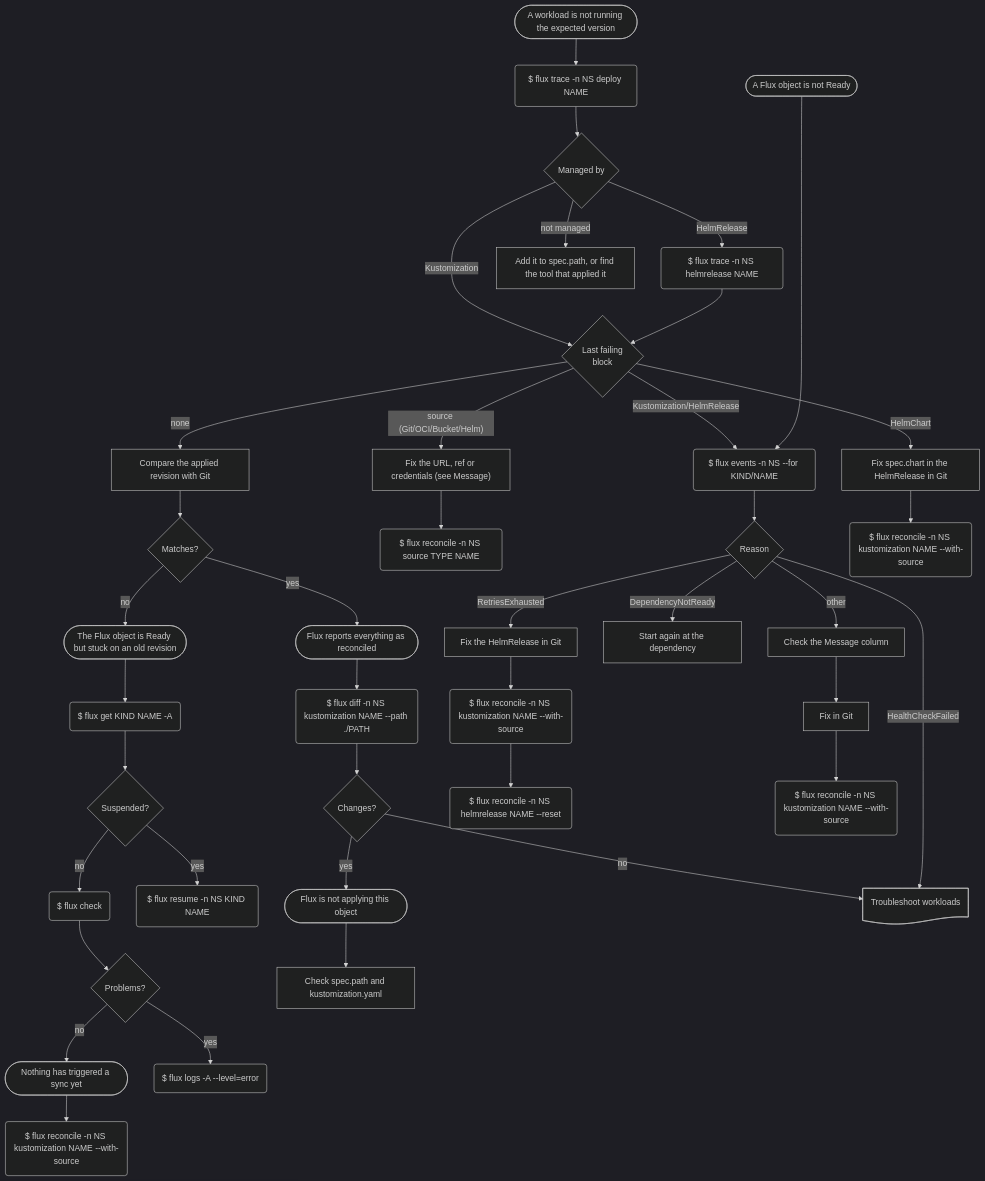
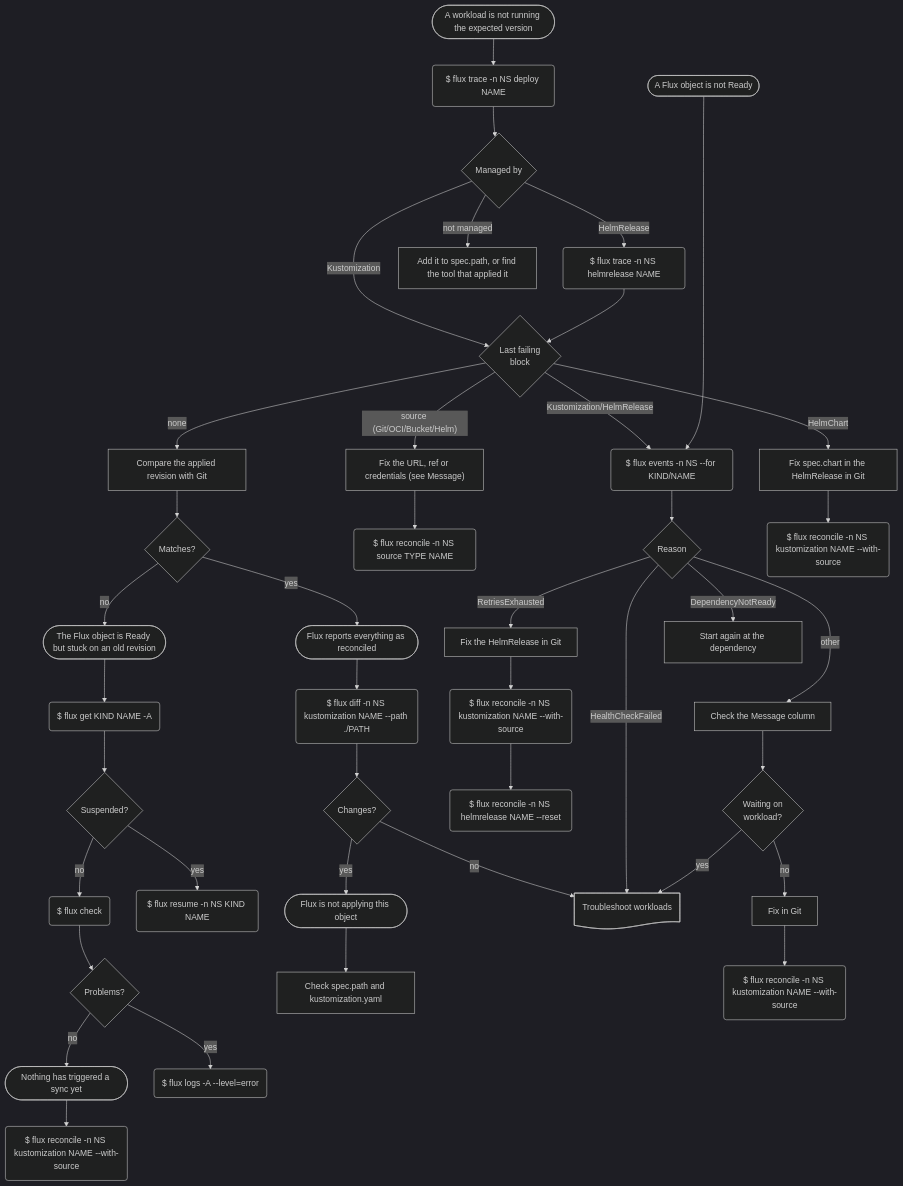
Before and after one commit to nth-root/flowcharts: the diagram in diagrams/flux.mmd, drawn with Mermaid (dark theme).

Commit message:
Branch off if the Flux object is waiting for the rollout

```diff
--- a/diagrams/flux.mmd
+++ b/diagrams/flux.mmd
@@ -1,48 +1,53 @@
 %% SPDX-FileCopyrightText: 2026 Nth Root Software Consultancy
 %% SPDX-License-Identifier: CC-BY-4.0
 
 flowchart TD
     Reported([A workload is not running the expected version]):::situation --> Trace
     Trace($ flux trace -n NS deploy NAME):::cmd
 
     Trace --> Owned{Managed by}:::choice
 
     NotReady([A Flux object is not Ready]):::situation
     NotReady ~~~ Owned
 
     Owned -->|Kustomization| FailingObject{Last failing<br>block}:::choice
     Owned -->|HelmRelease| TraceHelmRelease($ flux trace -n NS helmrelease NAME):::cmd --> FailingObject
     Owned -->|not managed| Unmanaged[Add it to spec.path, or find the tool that applied it]
 
     FailingObject -->|none| CheckRevision[Compare the applied revision with Git]
 
     CheckRevision --> Matches{Matches?}:::choice
     Matches -->|no| NotAdvancing([The Flux object is Ready but stuck on an old revision]):::situation --> FluxGet($ flux get KIND NAME -A):::cmd
 
     FluxGet --> Suspended{Suspended?}:::choice
     Suspended -->|no| FluxCheck($ flux check):::cmd --> FluxUnhealthy{Problems?}:::choice
     Suspended -->|yes| Resume($ flux resume -n NS KIND NAME):::cmd
 
     Resume ~~~ FluxUnhealthy
 
     FluxUnhealthy -->|no| NoSyncTriggered([Nothing has triggered a sync yet]):::situation --> ReconcileStale($ flux reconcile -n NS kustomization NAME --with-source):::cmd
     FluxUnhealthy -->|yes| FluxLogs($ flux logs -A --level=error):::cmd
 
     FailingObject -->|"source (Git/OCI/Bucket/Helm)"| FixSource["Fix the URL, ref or credentials (see Message)"] --> ReconcileSource($ flux reconcile -n NS source TYPE NAME):::cmd
 
     FailingObject -->|Kustomization/HelmRelease| GetEvents($ flux events -n NS --for KIND/NAME):::cmd
 
     Matches -->|yes| Reconciled([Flux reports everything as reconciled]):::situation --> DiffKustomization($ flux diff -n NS kustomization NAME --path ./PATH):::cmd --> Changes{Changes?}:::choice
     Changes -->|yes| NotApplied([Flux is not applying this object]):::situation --> CheckKustomization[Check spec.path and kustomization.yaml]
     Changes -->|no| CheckPodIssues:::ref@{ shape: doc, label: "Troubleshoot workloads" }
 
     NotReady --> GetEvents
     GetEvents --> Reason{Reason}:::choice
     Reason -->|RetriesExhausted| FixHelmRelease[Fix the HelmRelease in Git]
     FixHelmRelease --> ReconcileHelmKustomization("$ flux reconcile -n NS kustomization NAME --with-source"):::cmd --> ReconcileHelmRelease("$ flux reconcile -n NS helmrelease NAME --reset"):::cmd
 
     Reason -->|HealthCheckFailed| CheckPodIssues
     Reason -->|DependencyNotReady| DependencyNotReady[Start again at the dependency]
-    Reason -->|other| CheckMessage[Check the Message column] --> FixIssue[Fix in Git] --> Reconcile($ flux reconcile -n NS kustomization NAME --with-source):::cmd
+
+    DependencyNotReady ~~~ CheckMessage
+
+    Reason -->|other| CheckMessage[Check the Message column] --> Rollout{Waiting on<br>workload?}:::choice
+    Rollout -->|no| FixIssue[Fix in Git] --> Reconcile($ flux reconcile -n NS kustomization NAME --with-source):::cmd
+    Rollout -->|yes| CheckPodIssues
 
     FailingObject -->|HelmChart| FixChart[Fix spec.chart in the HelmRelease in Git] --> ReconcileChart($ flux reconcile -n NS kustomization NAME --with-source):::cmd
```
